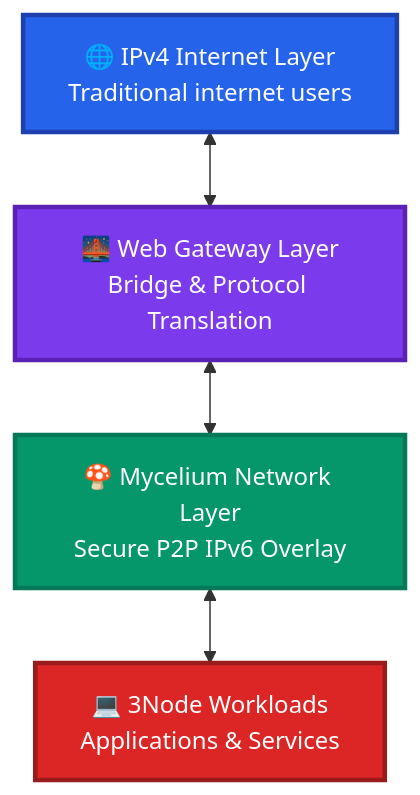
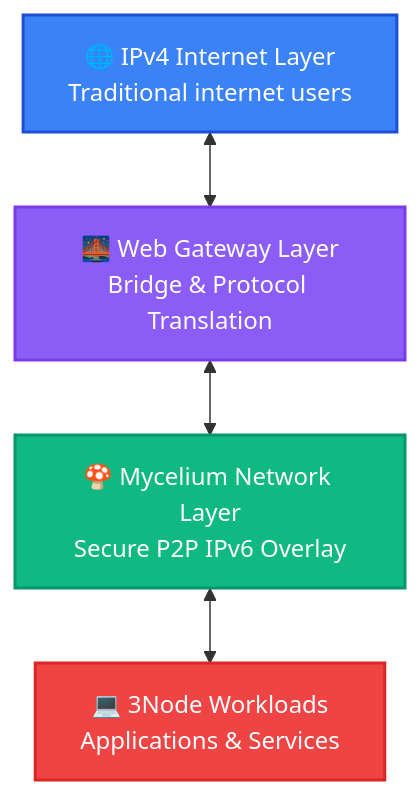
Before and after one commit to threefoldtech/info_grid: the first of 3 diagrams in labs/docs/documentation/farmers/advanced_networking_toc/web_gateway/web_gateway_architecture.md, drawn with Mermaid. The commit also changed other lines of this file and 1 other file, not shown here.

Commit message:
web gateway light dark mermaid

````diff
--- a/labs/docs/documentation/farmers/advanced_networking_toc/web_gateway/web_gateway_architecture.md
+++ b/labs/docs/documentation/farmers/advanced_networking_toc/web_gateway/web_gateway_architecture.md
@@ -20,16 +20,21 @@
 ```mermaid
 graph TB
     A["🌐 IPv4 Internet Layer<br/>Traditional internet users"] 
     B["🌉 Web Gateway Layer<br/>Bridge & Protocol Translation"]
     C["🍄 Mycelium Network Layer<br/>Secure P2P IPv6 Overlay"]
     D["💻 3Node Workloads<br/>Applications & Services"]
     
     A <--> B
     B <--> C
     C <--> D
     
-    style A fill:#2563eb,stroke:#1e40af,stroke-width:3px,color:#ffffff
-    style B fill:#7c3aed,stroke:#5b21b6,stroke-width:3px,color:#ffffff
-    style C fill:#059669,stroke:#047857,stroke-width:3px,color:#ffffff
-    style D fill:#dc2626,stroke:#991b1b,stroke-width:3px,color:#ffffff
+    classDef internetClass fill:#3b82f6,stroke:#1d4ed8,stroke-width:2px,color:#ffffff
+    classDef gatewayClass fill:#8b5cf6,stroke:#7c3aed,stroke-width:2px,color:#ffffff
+    classDef myceliumClass fill:#10b981,stroke:#059669,stroke-width:2px,color:#ffffff
+    classDef nodeClass fill:#ef4444,stroke:#dc2626,stroke-width:2px,color:#ffffff
+    
+    class A internetClass
+    class B gatewayClass
+    class C myceliumClass
+    class D nodeClass
 ```
````
